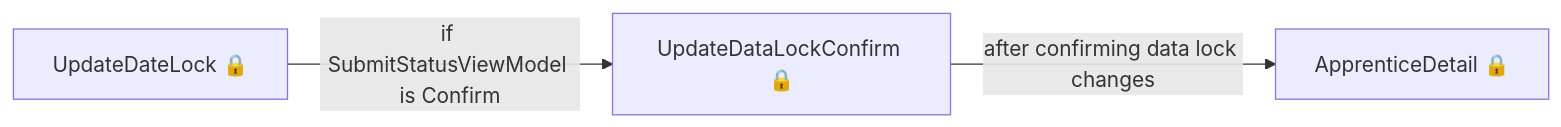
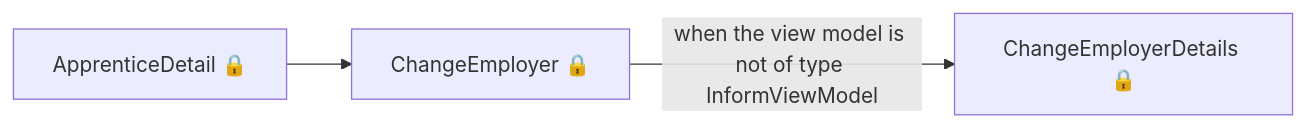
Before and after one commit to talentconsulting/atlas-dfe: the first of 5 diagrams in das-providercommitments/user-journeys/user-journeys.md, drawn with Mermaid. The commit also changed other lines of this file and 22 other files, not shown here.

````diff
--- a/das-providercommitments/user-journeys/user-journeys.md
+++ b/das-providercommitments/user-journeys/user-journeys.md
@@ -42,5 +9,5 @@
 ```mermaid
 flowchart LR
-  p0["UpdateDateLock 🔒"] -->|"if SubmitStatusViewModel is Confirm"| p1["UpdateDataLockConfirm 🔒"]
-  p1["UpdateDataLockConfirm 🔒"] -->|"after confirming data lock changes"| p2["ApprenticeDetail 🔒"]
+  p0["ApprenticeDetail 🔒"] --> p1["ChangeEmployer 🔒"]
+  p1["ChangeEmployer 🔒"] -->|"when the view model is not of type InformViewModel"| p2["ChangeEmployerDetails 🔒"]
 ```
````
